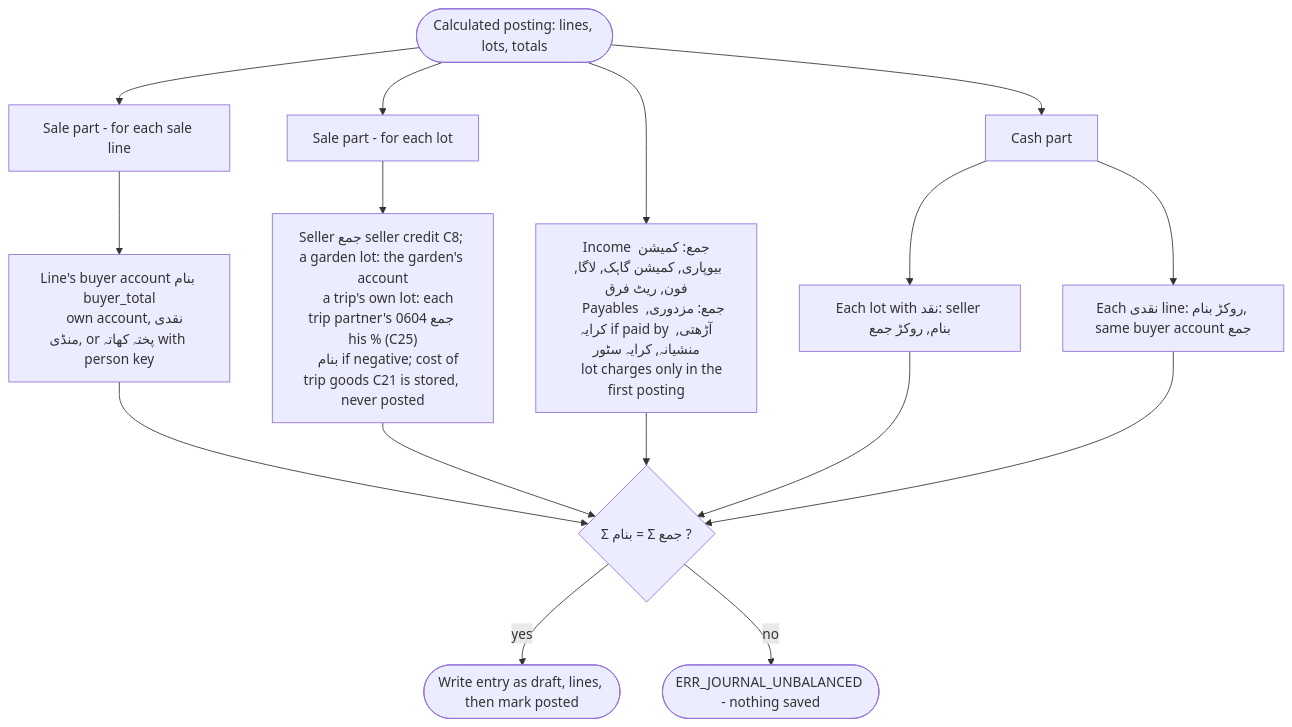
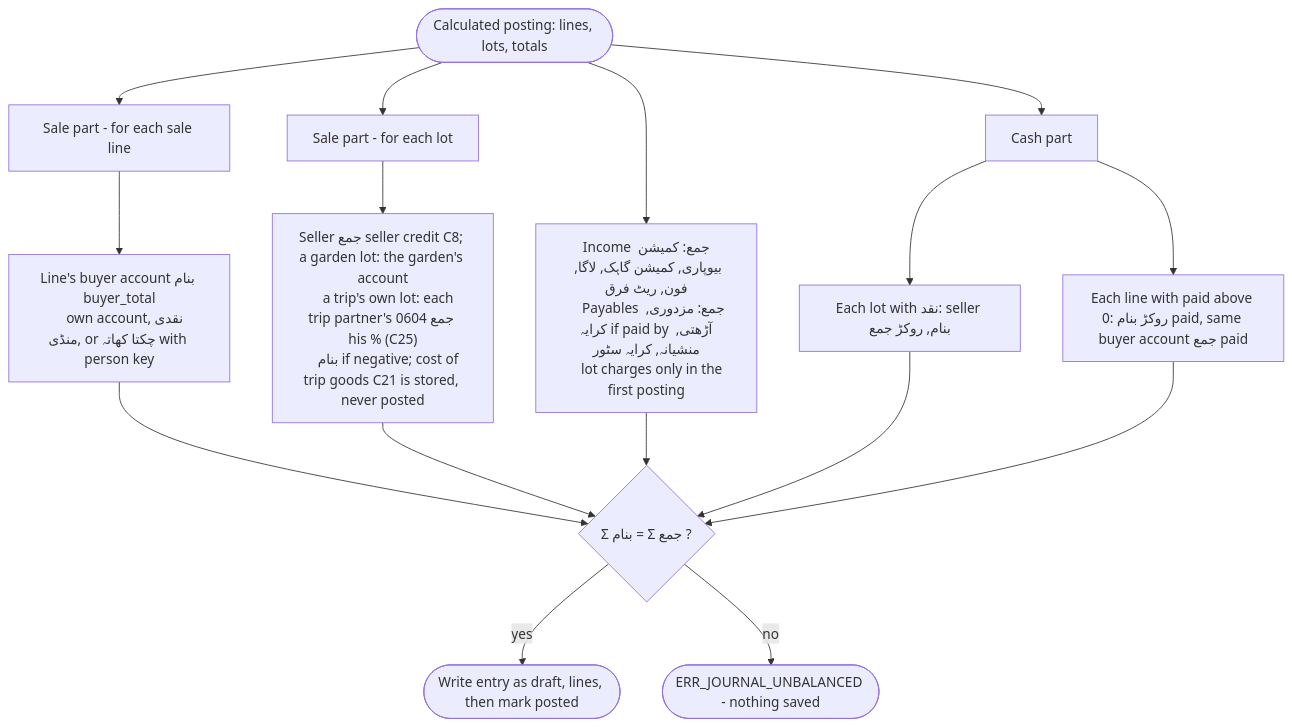
One commit to FaisalHanif12/Fruits-Mandi-Software changed the tenth of 28 diagrams in .claude/rules/Architecture_v1.md. Above: the diagram before and after it, drawn with Mermaid. The commit also changed other lines of this file and 20 other files, not shown here.

````diff
--- a/.claude/rules/Architecture_v1.md
+++ b/.claude/rules/Architecture_v1.md
@@ -411,19 +410,19 @@
 ```mermaid
 flowchart TD
     IN(["Calculated posting: lines, lots, totals"]) --> L1["Sale part - for each sale line"]
     L1 --> DRB["Line's buyer account بنام buyer_total
-    own account, نقدی منڈی, or پختہ کھاتہ with person key"]
+    own account, نقدی منڈی, or چکتا کھاتہ with person key"]
     IN --> L2["Sale part - for each lot"]
     L2 --> CRS["Seller جمع seller credit C8; a garden lot: the garden's account
     a trip's own lot: each trip partner's 0604 جمع his % (C25)
     بنام if negative; cost of trip goods C21 is stored, never posted"]
     IN --> INC["Income جمع: کمیشن بیوپاری, کمیشن گاہک, لاگا, فون, ریٹ فرق
     Payables جمع: مزدوری, کرایہ if paid by آڑھتی, منشیانہ, کرایہ سٹور
     lot charges only in the first posting"]
     IN --> L3["Cash part"]
     L3 --> CSH["Each lot with نقد: seller بنام, روکڑ جمع"]
-    L3 --> CSB["Each نقدی line: روکڑ بنام, same buyer account جمع"]
+    L3 --> CSB["Each line with paid above 0: روکڑ بنام paid, same buyer account جمع paid"]
     DRB & CRS & INC & CSH & CSB --> CHK{"Σ بنام = Σ جمع ?"}
     CHK -- yes --> OK(["Write entry as draft, lines, then mark posted"])
     CHK -- no --> ERR(["ERR_JOURNAL_UNBALANCED - nothing saved"])
 ```
````
